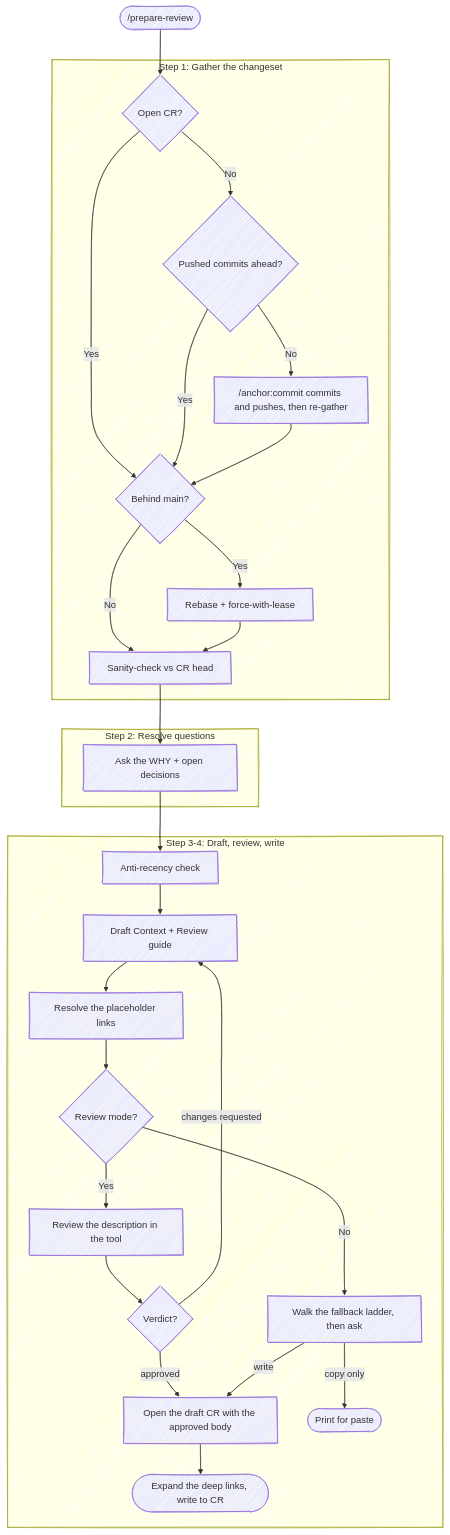
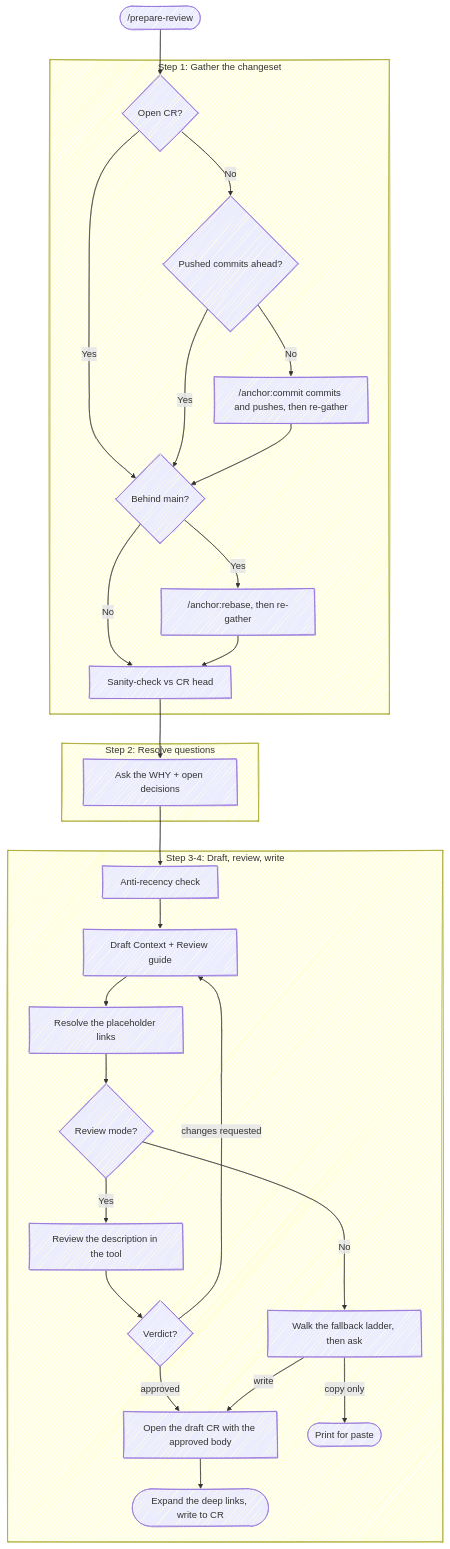
The diagram in skills/prepare-review/SKILL.md (chris-peterson/anchor), drawn with Mermaid before and after one commit. The commit also changed other lines of this file and 13 other files, not shown here.

````diff
--- a/skills/prepare-review/SKILL.md
+++ b/skills/prepare-review/SKILL.md
@@ -17,35 +17,35 @@
 ```mermaid
 %%{ init: { 'look': 'handDrawn' } }%%
 flowchart TD
     Start(["/prepare-review"]) --> CR{Open CR?}
 
     subgraph "Step 1: Gather the changeset"
         CR -->|No| Pushed{Pushed commits ahead?}
         CR -->|Yes| Behind
         Pushed -->|No| Commit["/anchor:commit commits and pushes, then re-gather"]
         Pushed -->|Yes| Behind
         Commit --> Behind{Behind main?}
-        Behind -->|Yes| DoRebase["Rebase + force-with-lease"]
+        Behind -->|Yes| DoRebase["/anchor:rebase, then re-gather"]
         Behind -->|No| StateCheck
         DoRebase --> StateCheck["Sanity-check vs CR head"]
     end
 
     subgraph "Step 2: Resolve questions"
         StateCheck --> Why["Ask the WHY + open decisions"]
     end
 
     subgraph "Step 3-4: Draft, review, write"
         Why --> Recency["Anti-recency check"]
         Recency --> Draft["Draft Context + Review guide"]
         Draft --> Resolve["Resolve the placeholder links"]
         Resolve --> Tool{Review mode?}
         Tool -->|Yes| InTool["Review the description in the tool"]
         Tool -->|No| Chat["Walk the fallback ladder, then ask"]
         InTool --> Verdict{Verdict?}
         Verdict -->|approved| Open["Open the draft CR with the approved body"]
         Verdict -->|changes requested| Draft
         Chat -->|write| Open
         Chat -->|copy only| CopyOnly(["Print for paste"])
         Open --> Forge(["Expand the deep links, write to CR"])
     end
 ```
````
